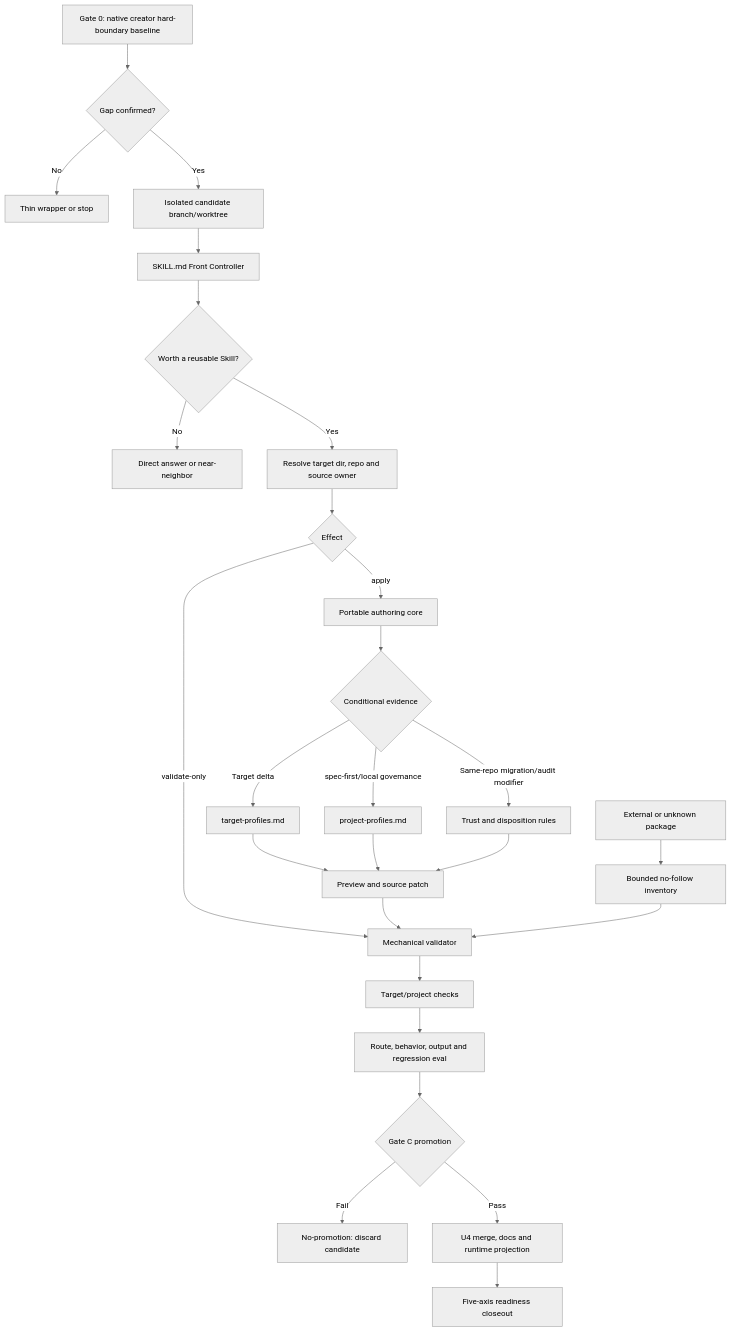
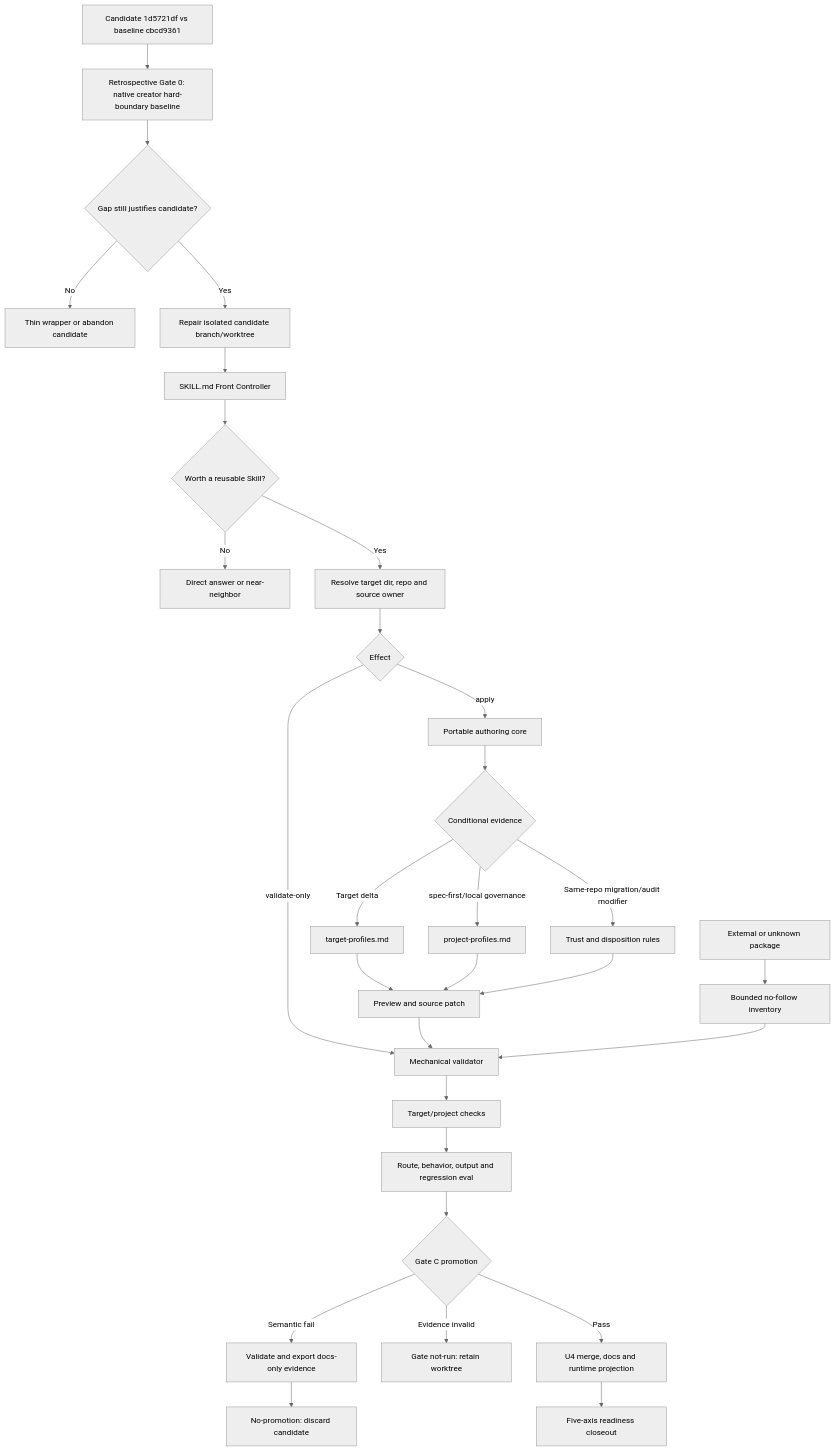
One commit to leo-kuang-ai/spec-first changed the diagram in docs/plans/2026-07-12-002-refactor-spec-write-skill-generalization-plan.md. Above: the diagram before and after it, drawn with Mermaid (neutral theme). The commit also changed other lines of this file and 20 other files, not shown here.

````diff
--- a/docs/plans/2026-07-12-002-refactor-spec-write-skill-generalization-plan.md
+++ b/docs/plans/2026-07-12-002-refactor-spec-write-skill-generalization-plan.md
@@ -164,29 +177,32 @@
 ```mermaid
 flowchart TB
-  Z[Gate 0: native creator hard-boundary baseline] --> Z1{Gap confirmed?}
-  Z1 -->|No| Z2[Thin wrapper or stop]
-  Z1 -->|Yes| A[Isolated candidate branch/worktree]
+  Z0[Candidate 1d5721df vs baseline cbcd9361] --> Z[Retrospective Gate 0: native creator hard-boundary baseline]
+  Z --> Z1{Gap still justifies candidate?}
+  Z1 -->|No| Z2[Thin wrapper or abandon candidate]
+  Z1 -->|Yes| A[Repair isolated candidate branch/worktree]
   A --> B[SKILL.md Front Controller]
   B --> C{Worth a reusable Skill?}
   C -->|No| D[Direct answer or near-neighbor]
   C -->|Yes| E[Resolve target dir, repo and source owner]
   E --> F{Effect}
   F -->|validate-only| G[Mechanical validator]
   F -->|apply| H[Portable authoring core]
   H --> I{Conditional evidence}
   I -->|Target delta| J[target-profiles.md]
   I -->|spec-first/local governance| K[project-profiles.md]
   I -->|Same-repo migration/audit modifier| L[Trust and disposition rules]
   J --> M[Preview and source patch]
   K --> M
   L --> M
   M --> G
   Q[External or unknown package] --> R[Bounded no-follow inventory]
   R --> G
   G --> N[Target/project checks]
   N --> O[Route, behavior, output and regression eval]
   O --> P{Gate C promotion}
-  P -->|Fail| P1[No-promotion: discard candidate]
+  P -->|Semantic fail| P0[Validate and export docs-only evidence]
+  P0 --> P1[No-promotion: discard candidate]
+  P -->|Evidence invalid| P4[Gate not-run: retain worktree]
   P -->|Pass| P2[U4 merge, docs and runtime projection]
   P2 --> P3[Five-axis readiness closeout]
 ```
````
